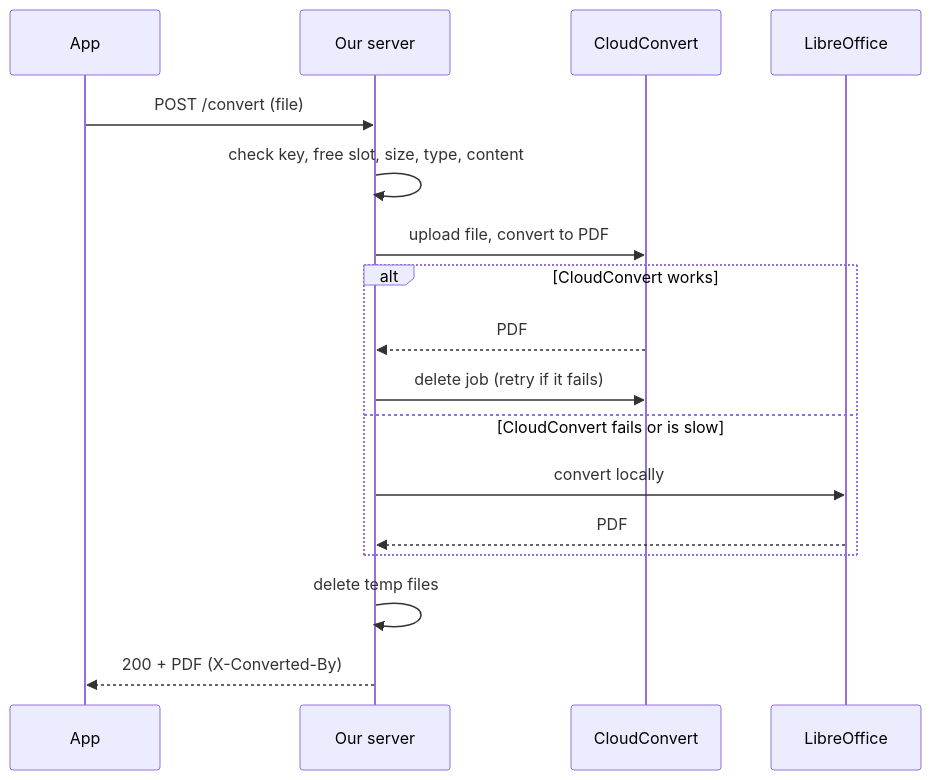
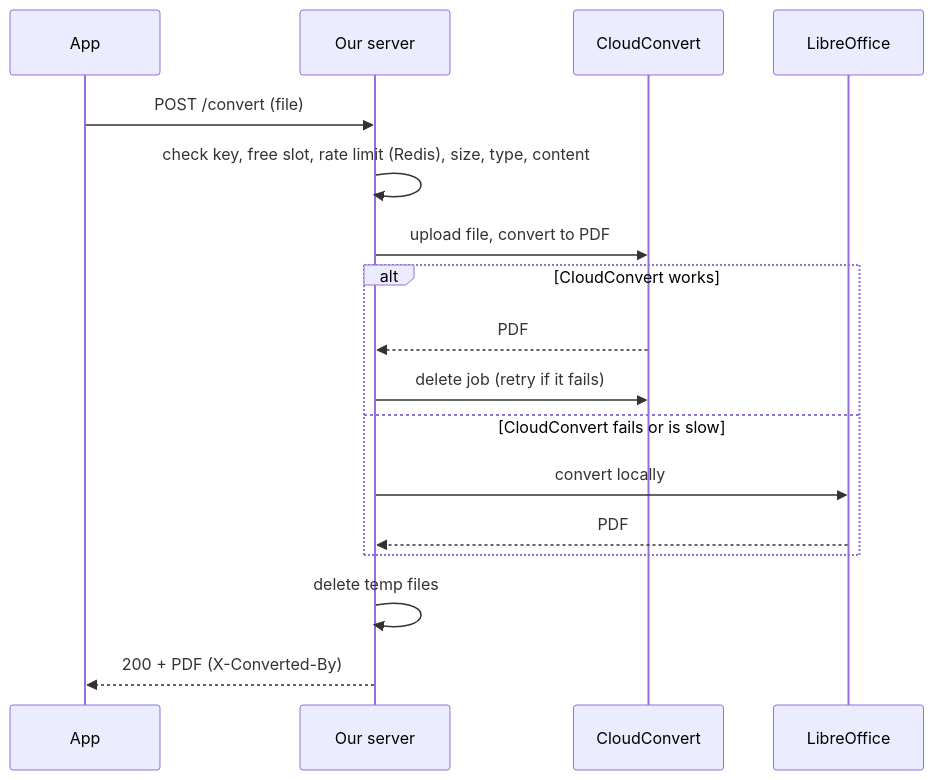
Before and after one commit to Tisobyn/LibraPDF-Converter: the second of 2 diagrams in docs/ARCHITECTURE.md, drawn with Mermaid. The commit also changed other lines of this file and 22 other files, not shown here.

First line of the commit message:
feat: rate limit per device with Upstash Redis

````diff
--- a/docs/ARCHITECTURE.md
+++ b/docs/ARCHITECTURE.md
@@ -30,20 +30,20 @@
 ```mermaid
 sequenceDiagram
     participant App as App
     participant API as Our server
     participant CC as CloudConvert
     participant LO as LibreOffice
 
     App->>API: POST /convert (file)
-    API->>API: check key, free slot, size, type, content
+    API->>API: check key, free slot, rate limit (Redis), size, type, content
     API->>CC: upload file, convert to PDF
     alt CloudConvert works
         CC-->>API: PDF
         API->>CC: delete job (retry if it fails)
     else CloudConvert fails or is slow
         API->>LO: convert locally
         LO-->>API: PDF
     end
     API->>API: delete temp files
     API-->>App: 200 + PDF (X-Converted-By)
 ```
````
